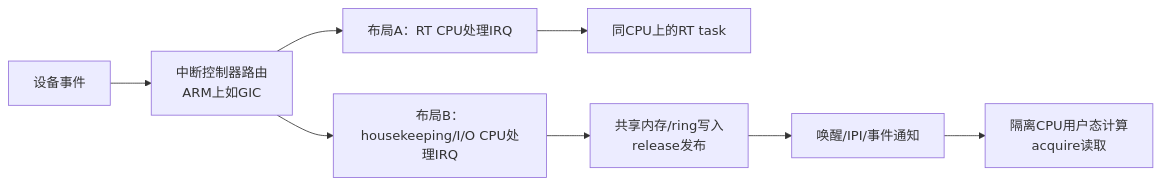
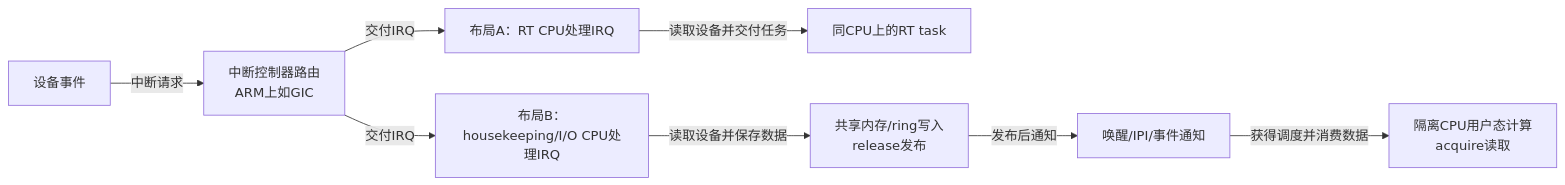
Before and after one commit to FormingSystem/linux_note: the first of 4 diagrams in knowledge/linux/synchronization_and_asynchrony/synchronization/rcu/P16_Tree_RCU_NOCB回调卸载.md, drawn with Mermaid. The commit also changed other lines of this file and 2 other files, not shown here.

````diff
--- a/knowledge/linux/synchronization_and_asynchrony/synchronization/rcu/P16_Tree_RCU_NOCB回调卸载.md
+++ b/knowledge/linux/synchronization_and_asynchrony/synchronization/rcu/P16_Tree_RCU_NOCB回调卸载.md
@@ -43,10 +50,11 @@
 ```mermaid
 flowchart LR
-    D["设备事件"] --> G["中断控制器路由<br/>ARM上如GIC"]
-    G --> A["布局A：RT CPU处理IRQ"]
-    A --> AT["同CPU上的RT task"]
-    G --> B["布局B：housekeeping/I/O CPU处理IRQ"]
-    B --> R["共享内存/ring写入<br/>release发布"]
-    R --> W["唤醒/IPI/事件通知"]
-    W --> CT["隔离CPU用户态计算<br/>acquire读取"]
+    D -->|"中断请求"| G["中断控制器路由<br/>ARM上如GIC"]
+    D["设备事件"]
+    G -->|"交付IRQ"| A["布局A：RT CPU处理IRQ"]
+    A -->|"读取设备并交付任务"| AT["同CPU上的RT task"]
+    G -->|"交付IRQ"| B["布局B：housekeeping/I/O CPU处理IRQ"]
+    B -->|"读取设备并保存数据"| R["共享内存/ring写入<br/>release发布"]
+    R -->|"发布后通知"| W["唤醒/IPI/事件通知"]
+    W -->|"获得调度并消费数据"| CT["隔离CPU用户态计算<br/>acquire读取"]
 ```
````
